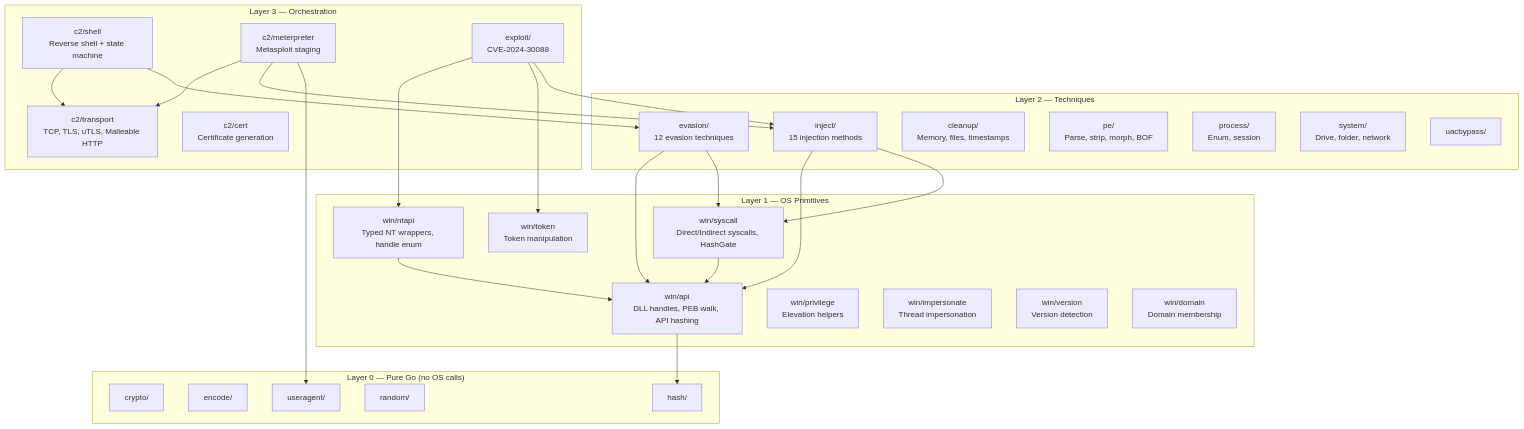
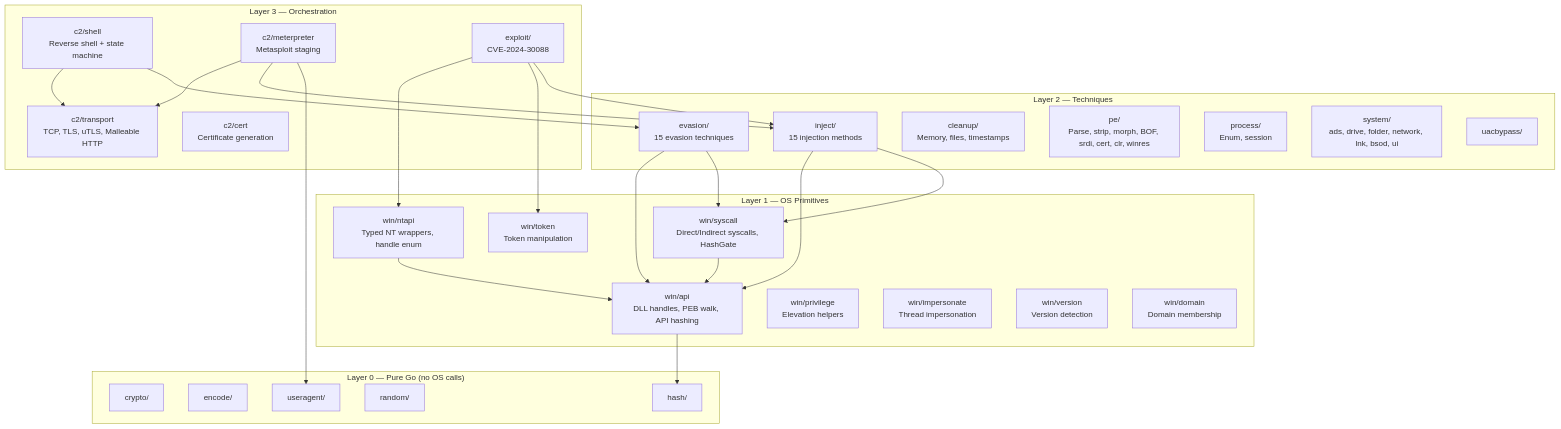
One commit to oioio-space/maldev changed the first of 5 diagrams in docs/architecture.md. Above: the diagram before and after it, drawn with Mermaid. The commit also changed 7 other files, not shown here.

````diff
--- a/docs/architecture.md
+++ b/docs/architecture.md
@@ -9,56 +9,56 @@
 ```mermaid
 graph TD
     subgraph "Layer 0 — Pure Go (no OS calls)"
         crypto["crypto/"]
         encode["encode/"]
         hash["hash/"]
         random["random/"]
         useragent["useragent/"]
     end
 
     subgraph "Layer 1 — OS Primitives"
         api["win/api<br/>DLL handles, PEB walk, API hashing"]
         syscall["win/syscall<br/>Direct/Indirect syscalls, HashGate"]
         ntapi["win/ntapi<br/>Typed NT wrappers, handle enum"]
         token["win/token<br/>Token manipulation"]
         privilege["win/privilege<br/>Elevation helpers"]
         impersonate["win/impersonate<br/>Thread impersonation"]
         version["win/version<br/>Version detection"]
         domain["win/domain<br/>Domain membership"]
     end
 
     subgraph "Layer 2 — Techniques"
         inject["inject/<br/>15 injection methods"]
-        evasion["evasion/<br/>12 evasion techniques"]
+        evasion["evasion/<br/>15 evasion techniques"]
         cleanup["cleanup/<br/>Memory, files, timestamps"]
-        pe["pe/<br/>Parse, strip, morph, BOF"]
+        pe["pe/<br/>Parse, strip, morph, BOF, srdi, cert, clr, winres"]
         process["process/<br/>Enum, session"]
-        system["system/<br/>Drive, folder, network"]
+        system["system/<br/>ads, drive, folder, network, lnk, bsod, ui"]
         uacbypass["uacbypass/"]
     end
 
     subgraph "Layer 3 — Orchestration"
         shell["c2/shell<br/>Reverse shell + state machine"]
         meterpreter["c2/meterpreter<br/>Metasploit staging"]
         transport["c2/transport<br/>TCP, TLS, uTLS, Malleable HTTP"]
         cert["c2/cert<br/>Certificate generation"]
         exploit["exploit/<br/>CVE-2024-30088"]
     end
 
     %% Dependencies
     api --> hash
     syscall --> api
     ntapi --> api
     inject --> api
     inject --> syscall
     evasion --> api
     evasion --> syscall
     shell --> transport
     shell --> evasion
     meterpreter --> transport
     meterpreter --> inject
     meterpreter --> useragent
     exploit --> ntapi
     exploit --> token
     exploit --> inject
 ```
````
